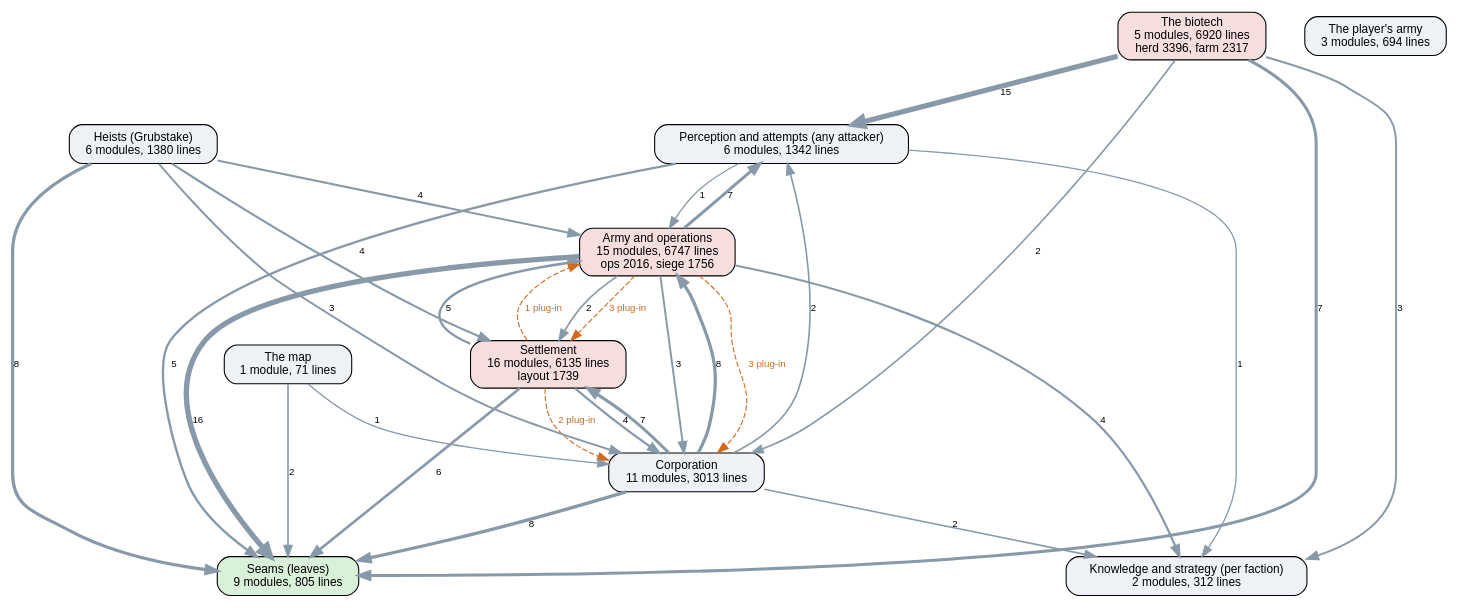
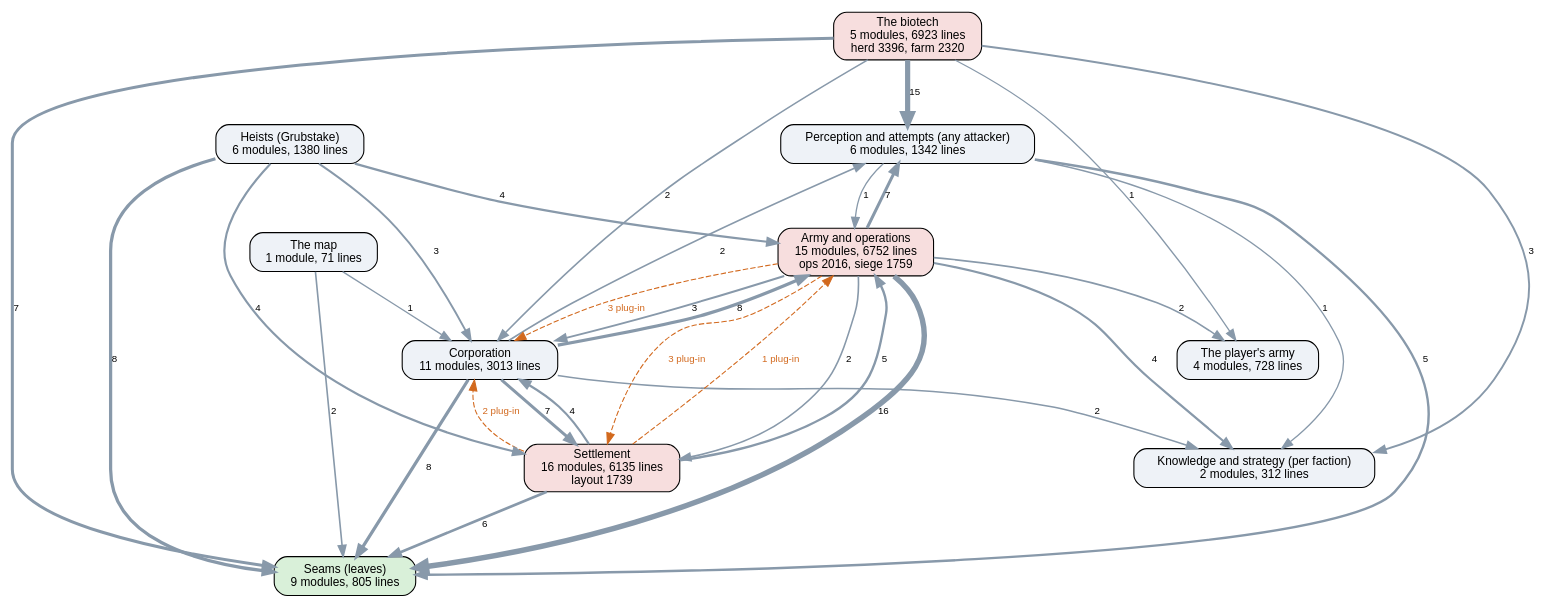
The diagram in docs/ai-layers.dot (kinelhu/landing-party), drawn with Graphviz before and after one commit. The commit also changed 34 other files, not shown here.

```diff
--- a/docs/ai-layers.dot
+++ b/docs/ai-layers.dot
@@ -1,45 +1,47 @@
 digraph layers {
   graph [rankdir=TB, fontname="Helvetica", nodesep=0.5, ranksep=0.7];
   node [shape=box, style="rounded,filled", fontname="Helvetica", fontsize=11, fillcolor="#eef2f7"];
   edge [color="#8899aa", fontname="Helvetica", fontsize=9];
   "Seams (leaves)" [label="Seams (leaves)\n9 modules, 805 lines", fillcolor="#d9f0d9"];
   "Perception and attempts (any attacker)" [label="Perception and attempts (any attacker)\n6 modules, 1342 lines", fillcolor="#eef2f7"];
   "Knowledge and strategy (per faction)" [label="Knowledge and strategy (per faction)\n2 modules, 312 lines", fillcolor="#eef2f7"];
   "Corporation" [label="Corporation\n11 modules, 3013 lines", fillcolor="#eef2f7"];
   "Settlement" [label="Settlement\n16 modules, 6135 lines\nlayout 1739", fillcolor="#f7dede"];
-  "Army and operations" [label="Army and operations\n15 modules, 6747 lines\nops 2016, siege 1756", fillcolor="#f7dede"];
+  "Army and operations" [label="Army and operations\n15 modules, 6752 lines\nops 2016, siege 1759", fillcolor="#f7dede"];
   "Heists (Grubstake)" [label="Heists (Grubstake)\n6 modules, 1380 lines", fillcolor="#eef2f7"];
-  "The biotech" [label="The biotech\n5 modules, 6920 lines\nherd 3396, farm 2317", fillcolor="#f7dede"];
+  "The biotech" [label="The biotech\n5 modules, 6923 lines\nherd 3396, farm 2320", fillcolor="#f7dede"];
   "The map" [label="The map\n1 module, 71 lines", fillcolor="#eef2f7"];
-  "The player's army" [label="The player's army\n3 modules, 694 lines", fillcolor="#eef2f7"];
+  "The player's army" [label="The player's army\n4 modules, 728 lines", fillcolor="#eef2f7"];
   "Army and operations" -> "Corporation" [label="3", penwidth=1.8];
   "Army and operations" -> "Knowledge and strategy (per faction)" [label="4", penwidth=2.0];
   "Army and operations" -> "Perception and attempts (any attacker)" [label="7", penwidth=2.8];
   "Army and operations" -> "Seams (leaves)" [label="16", penwidth=5.0];
   "Army and operations" -> "Settlement" [label="2", penwidth=1.5];
+  "Army and operations" -> "The player's army" [label="2", penwidth=1.5];
   "Corporation" -> "Army and operations" [label="8", penwidth=3.0];
   "Corporation" -> "Knowledge and strategy (per faction)" [label="2", penwidth=1.5];
   "Corporation" -> "Perception and attempts (any attacker)" [label="2", penwidth=1.5];
   "Corporation" -> "Seams (leaves)" [label="8", penwidth=3.0];
   "Corporation" -> "Settlement" [label="7", penwidth=2.8];
   "Heists (Grubstake)" -> "Army and operations" [label="4", penwidth=2.0];
   "Heists (Grubstake)" -> "Corporation" [label="3", penwidth=1.8];
   "Heists (Grubstake)" -> "Seams (leaves)" [label="8", penwidth=3.0];
   "Heists (Grubstake)" -> "Settlement" [label="4", penwidth=2.0];
   "Perception and attempts (any attacker)" -> "Army and operations" [label="1", penwidth=1.2];
   "Perception and attempts (any attacker)" -> "Knowledge and strategy (per faction)" [label="1", penwidth=1.2];
   "Perception and attempts (any attacker)" -> "Seams (leaves)" [label="5", penwidth=2.2];
   "Settlement" -> "Army and operations" [label="5", penwidth=2.2];
   "Settlement" -> "Corporation" [label="4", penwidth=2.0];
   "Settlement" -> "Seams (leaves)" [label="6", penwidth=2.5];
   "The biotech" -> "Corporation" [label="2", penwidth=1.5];
   "The biotech" -> "Knowledge and strategy (per faction)" [label="3", penwidth=1.8];
   "The biotech" -> "Perception and attempts (any attacker)" [label="15", penwidth=4.8];
   "The biotech" -> "Seams (leaves)" [label="7", penwidth=2.8];
+  "The biotech" -> "The player's army" [label="1", penwidth=1.2];
   "The map" -> "Corporation" [label="1", penwidth=1.2];
   "The map" -> "Seams (leaves)" [label="2", penwidth=1.5];
   "Army and operations" -> "Corporation" [style=dashed, color="#d2691e", fontcolor="#d2691e", label="3 plug-in"];
   "Army and operations" -> "Settlement" [style=dashed, color="#d2691e", fontcolor="#d2691e", label="3 plug-in"];
   "Settlement" -> "Army and operations" [style=dashed, color="#d2691e", fontcolor="#d2691e", label="1 plug-in"];
   "Settlement" -> "Corporation" [style=dashed, color="#d2691e", fontcolor="#d2691e", label="2 plug-in"];
 }
```
